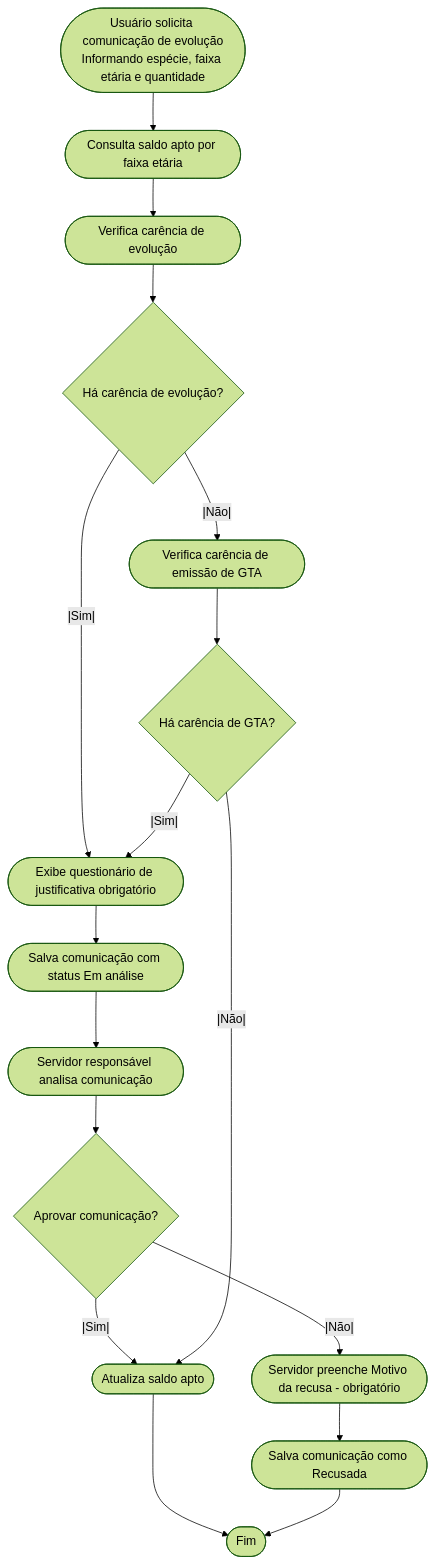
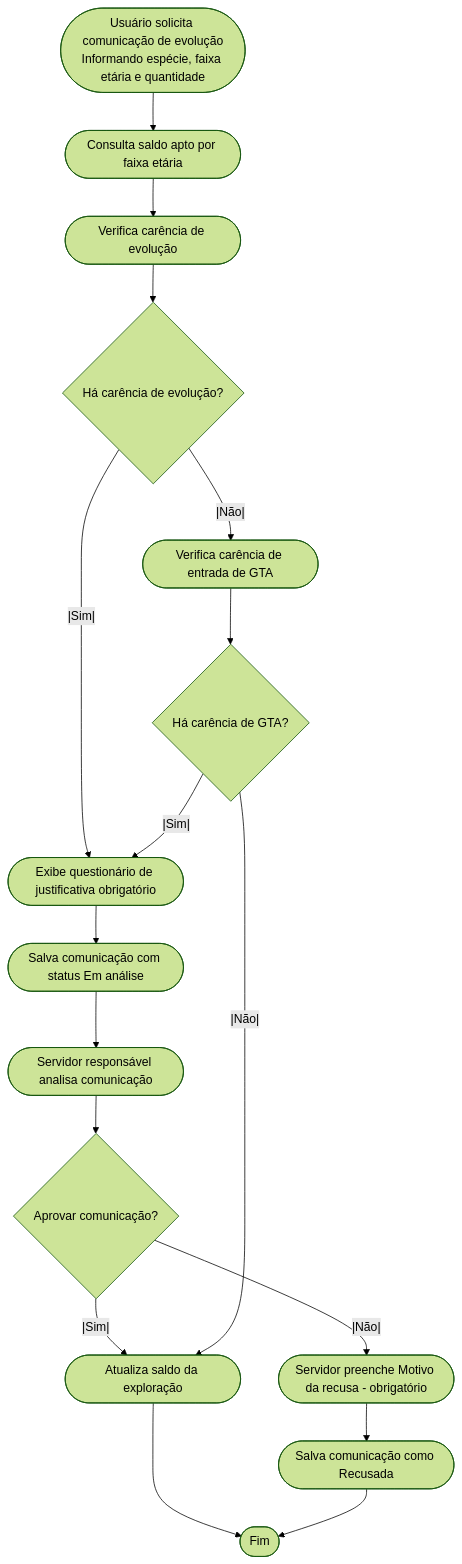
The second of 4 diagrams in Sindesa/processos-negocio-as-is-desirable.md (oalexnascarauj/sindesa), drawn with Mermaid (forest theme) before and after one commit. The commit also changed 35 other files, not shown here.

````diff
--- a/Sindesa/processos-negocio-as-is-desirable.md
+++ b/Sindesa/processos-negocio-as-is-desirable.md
@@ -67,29 +67,29 @@
 ```mermaid
 flowchart TD
     S1([Usuário solicita comunicação de evolução<br/>Informando espécie, faixa etária e quantidade]) --> S2([Consulta saldo apto por faixa etária])
     S2 --> S3([Verifica carência de evolução])
     
     S3 --> D1{Há carência de evolução?}
 
     %% Ramo: Há carência de evolução
     D1 --|Sim|--> Q1([Exibe questionário de justificativa obrigatório])
     Q1 --> S4([Salva comunicação com status Em análise])
     S4 --> S5([Servidor responsável analisa comunicação])
     S5 --> D2{Aprovar comunicação?}
 
-    D2 --|Sim|--> S6([Atualiza saldo apto])
+    D2 --|Sim|--> S6([Atualiza saldo da exploração])
     D2 --|Não|--> R1([Servidor preenche Motivo da recusa - obrigatório])
     R1 --> S7([Salva comunicação como Recusada])
 
     %% Ramo: Não há carência de evolução
-    D1 --|Não|--> S8([Verifica carência de emissão de GTA])
+    D1 --|Não|--> S8([Verifica carência de entrada de GTA])
     S8 --> D3{Há carência de GTA?}
 
     D3 --|Sim|--> Q1
     D3 --|Não|--> S6
 
     %% Fim
     S6 --> F1([Fim])
     S7 --> F1
 
 ```
````
